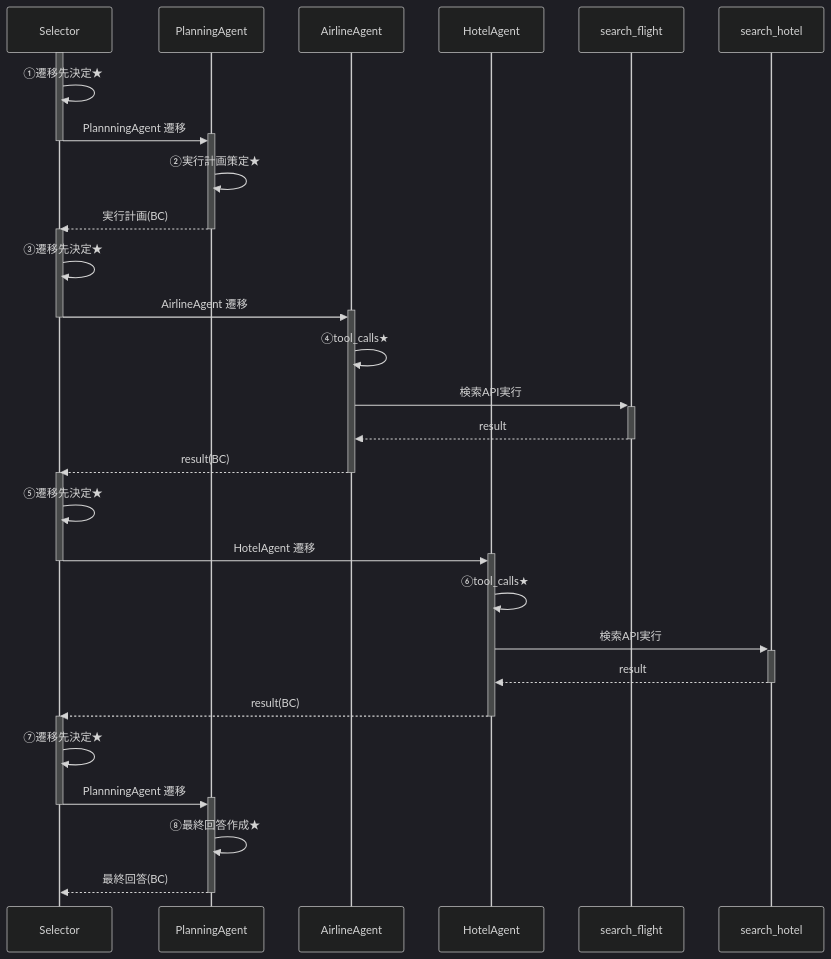
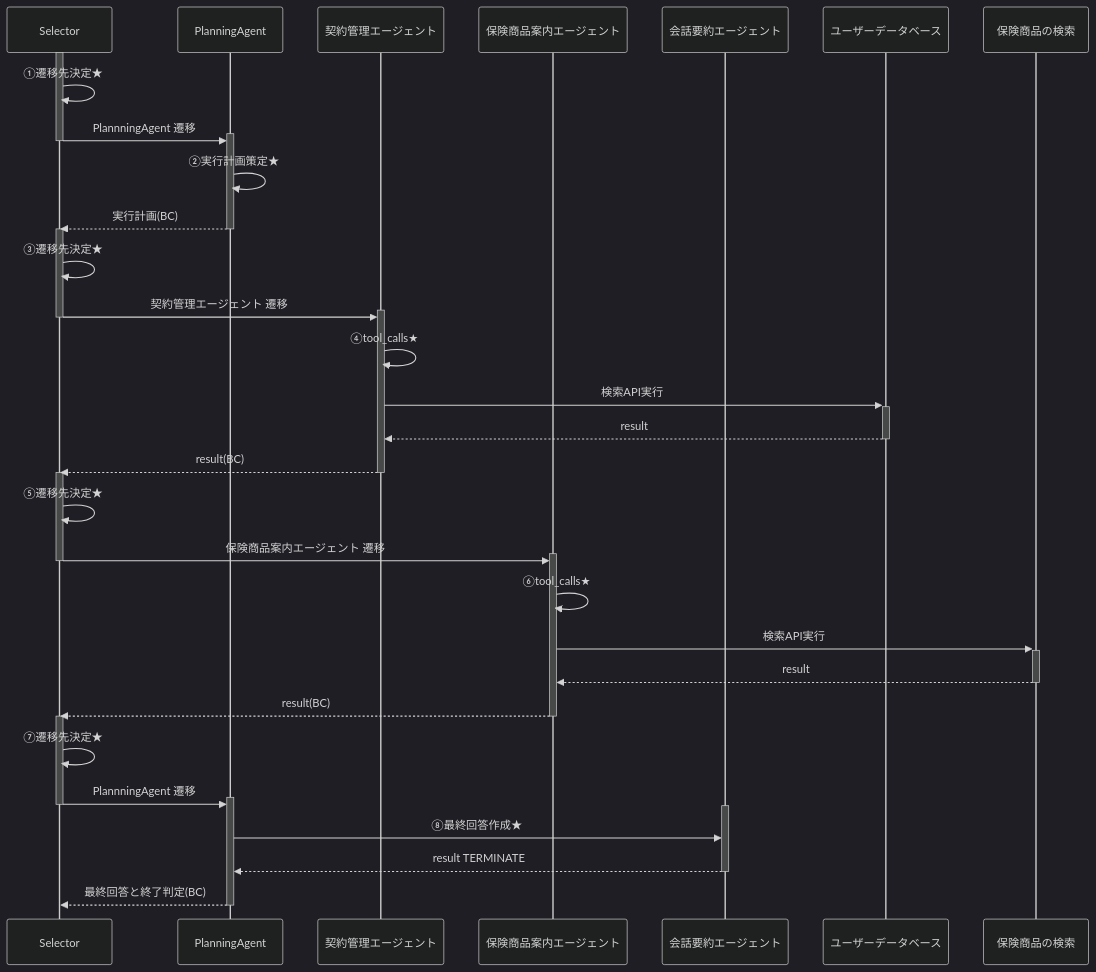
One commit to JnkKnd/Azure-AI-Agent-Handson changed the diagram in handson-textbook/ex4.md. Above: the diagram before and after it, drawn with Mermaid (dark theme).

Commit message:
add sequence diagram

````diff
--- a/handson-textbook/ex4.md
+++ b/handson-textbook/ex4.md
@@ -165,46 +165,49 @@
-```mermaid
+```mermaid 
 sequenceDiagram
 participant selector as Selector
 participant planner as PlanningAgent
-participant agent as AirlineAgent
-participant agent2 as HotelAgent
-participant search as search_flight
-participant search2 as search_hotel
+participant agent as 契約管理エージェント
+participant agent2 as 保険商品案内エージェント
+participant agent3 as 会話要約エージェント
+participant search as ユーザーデータベース
+participant search2 as 保険商品の検索
     activate selector
     selector ->> selector: ①遷移先決定★
     selector ->>+ planner: PlannningAgent 遷移
     deactivate selector
     
     planner ->> planner: ②実行計画策定★
     planner -->>- selector: 実行計画(BC)
     
     activate selector
     selector ->> selector: ③遷移先決定★
-    selector ->>+ agent: AirlineAgent 遷移
+    selector ->>+ agent: 契約管理エージェント 遷移
     deactivate selector
     
     agent ->> agent: ④tool_calls★
     agent ->>+ search: 検索API実行
     search -->>- agent: result
     #agent ->> agent: 結果を書き換え★<br>(reflect_on_tool_use=True)
     agent -->>- selector: result(BC)
     
     activate selector
     selector ->> selector: ⑤遷移先決定★
-    selector ->>+ agent2: HotelAgent 遷移
+    selector ->>+ agent2: 保険商品案内エージェント 遷移
     deactivate selector
     
     agent2 ->> agent2: ⑥tool_calls★
     agent2 ->>+ search2: 検索API実行
     search2 -->>- agent2: result
     agent2-->>- selector: result(BC)
     
     activate selector
     selector ->> selector: ⑦遷移先決定★
     selector ->>+ planner: PlannningAgent 遷移
     deactivate selector
     
-    planner ->> planner: ⑧最終回答作成★
-    planner -->>- selector: 最終回答(BC)
+    activate agent3
+    planner ->> agent3: ⑧最終回答作成★
+    agent3 -->>- planner: result TERMINATE
+    planner -->>- selector: 最終回答と終了判定(BC)
     
 ```
````
